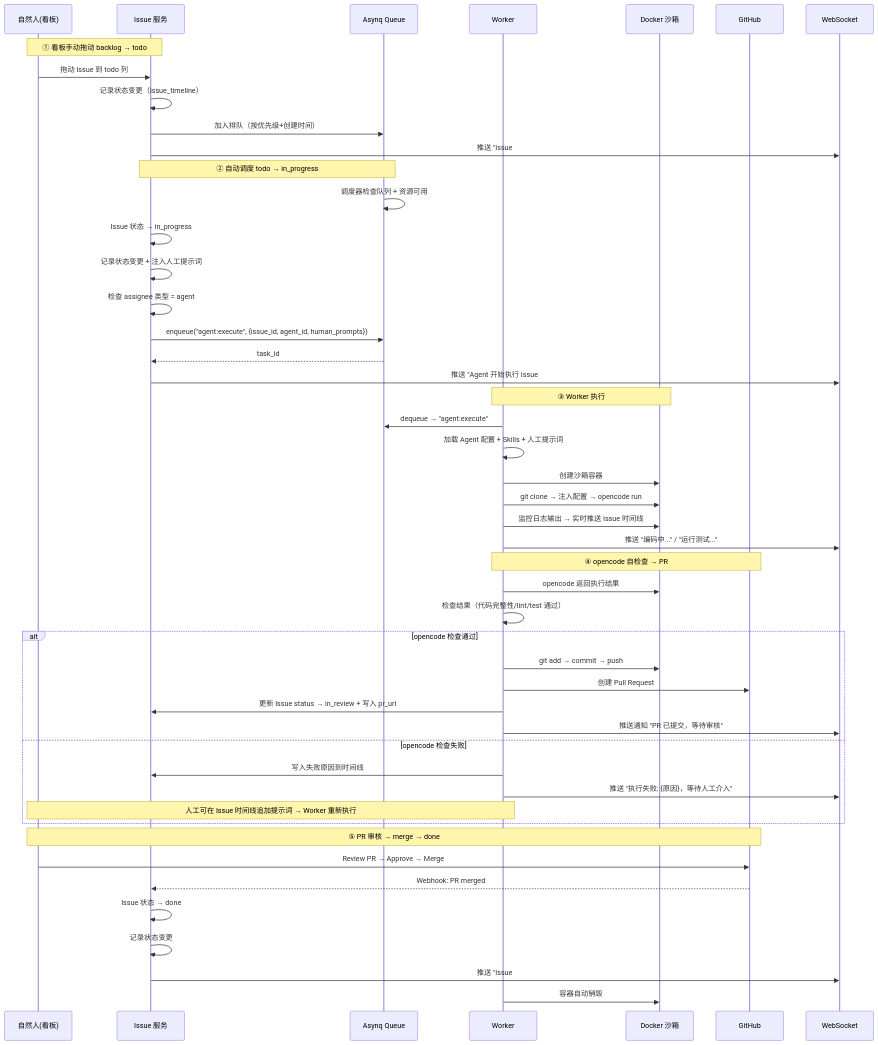
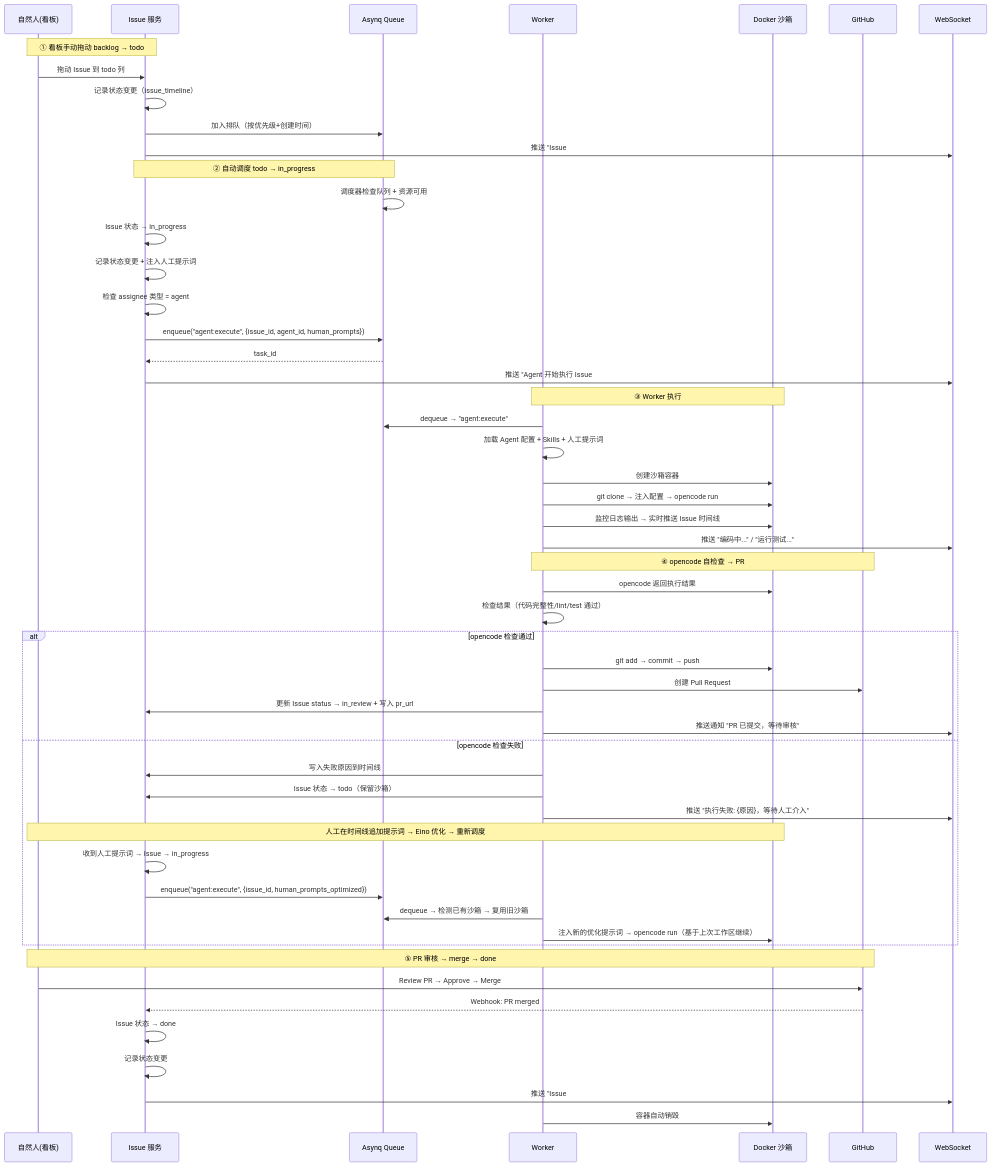
The fifth of 8 diagrams in docs/plan/architecture-analysis.md (huagelong/anserFlow), drawn with Mermaid before and after one commit. The commit also changed other lines of this file, not shown here.

First line of the commit message:
docs(architecture): 修复群聊→任务交付闭环的最后3个断点

````diff
--- a/docs/plan/architecture-analysis.md
+++ b/docs/plan/architecture-analysis.md
@@ -4417,55 +4443,60 @@
 ```mermaid
 sequenceDiagram
     participant H as 自然人(看板)
     participant ISS as Issue 服务
     participant Q as Asynq Queue
     participant W as Worker
     participant D as Docker 沙箱
     participant GH as GitHub
     participant WS as WebSocket
 
     Note over H,ISS: ① 看板手动拖动 backlog → todo
     H->>ISS: 拖动 Issue 到 todo 列
     ISS->>ISS: 记录状态变更（issue_timeline）
     ISS->>Q: 加入排队（按优先级+创建时间）
     ISS->>WS: 推送 "Issue #1 已排队等待执行"
 
     Note over ISS,Q: ② 自动调度 todo → in_progress
     Q->>Q: 调度器检查队列 + 资源可用
     ISS->>ISS: Issue 状态 → in_progress
     ISS->>ISS: 记录状态变更 + 注入人工提示词
     ISS->>ISS: 检查 assignee 类型 = agent
     ISS->>Q: enqueue("agent:execute", {issue_id, agent_id, human_prompts})
     Q-->>ISS: task_id
     ISS->>WS: 推送 "Agent 开始执行 Issue #1"
 
     Note over W,D: ③ Worker 执行
     W->>Q: dequeue → "agent:execute"
     W->>W: 加载 Agent 配置 + Skills + 人工提示词
     W->>D: 创建沙箱容器
     W->>D: git clone → 注入配置 → opencode run
     W->>D: 监控日志输出 → 实时推送 Issue 时间线
     W->>WS: 推送 "编码中..." / "运行测试..."
 
     Note over W,GH: ④ opencode 自检查 → PR
     W->>D: opencode 返回执行结果
     W->>W: 检查结果（代码完整性/lint/test 通过）
     alt opencode 检查通过
         W->>D: git add → commit → push
         W->>GH: 创建 Pull Request
         W->>ISS: 更新 Issue status → in_review + 写入 pr_url
         W->>WS: 推送通知 "PR 已提交，等待审核"
     else opencode 检查失败
         W->>ISS: 写入失败原因到时间线
+        W->>ISS: Issue 状态 → todo（保留沙箱）
         W->>WS: 推送 "执行失败: {原因}，等待人工介入"
-        Note over H,W: 人工可在 Issue 时间线追加提示词 → Worker 重新执行
+        Note over H,D: 人工在时间线追加提示词 → Eino 优化 → 重新调度
+        ISS->>ISS: 收到人工提示词 → Issue → in_progress
+        ISS->>Q: enqueue("agent:execute", {issue_id, human_prompts_optimized})
+        W->>Q: dequeue → 检测已有沙箱 → 复用旧沙箱
+        W->>D: 注入新的优化提示词 → opencode run（基于上次工作区继续）
     end
 
     Note over H,GH: ⑤ PR 审核 → merge → done
     H->>GH: Review PR → Approve → Merge
     GH-->>ISS: Webhook: PR merged
     ISS->>ISS: Issue 状态 → done
     ISS->>ISS: 记录状态变更
     ISS->>WS: 推送 "Issue #1 已完成"
     W->>D: 容器自动销毁
 ```
````
